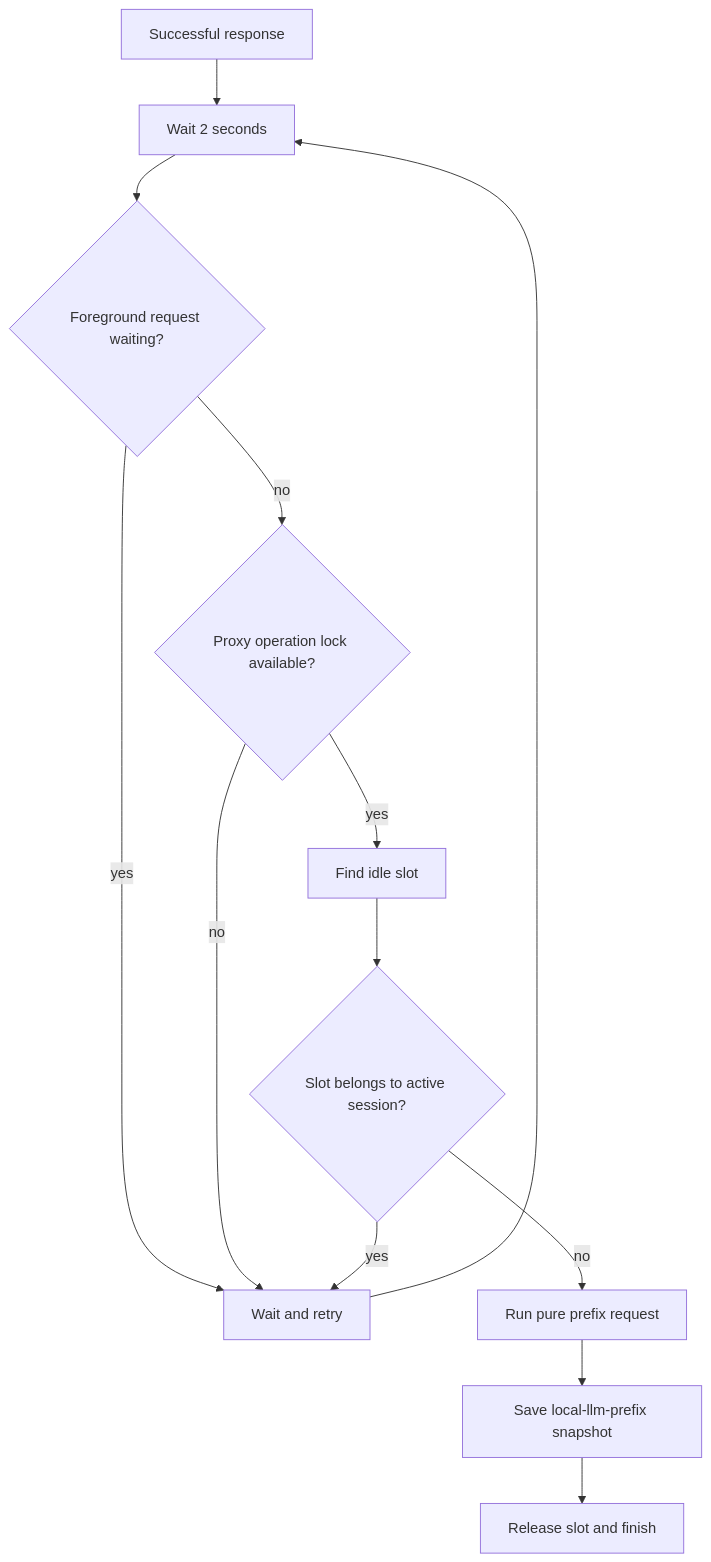
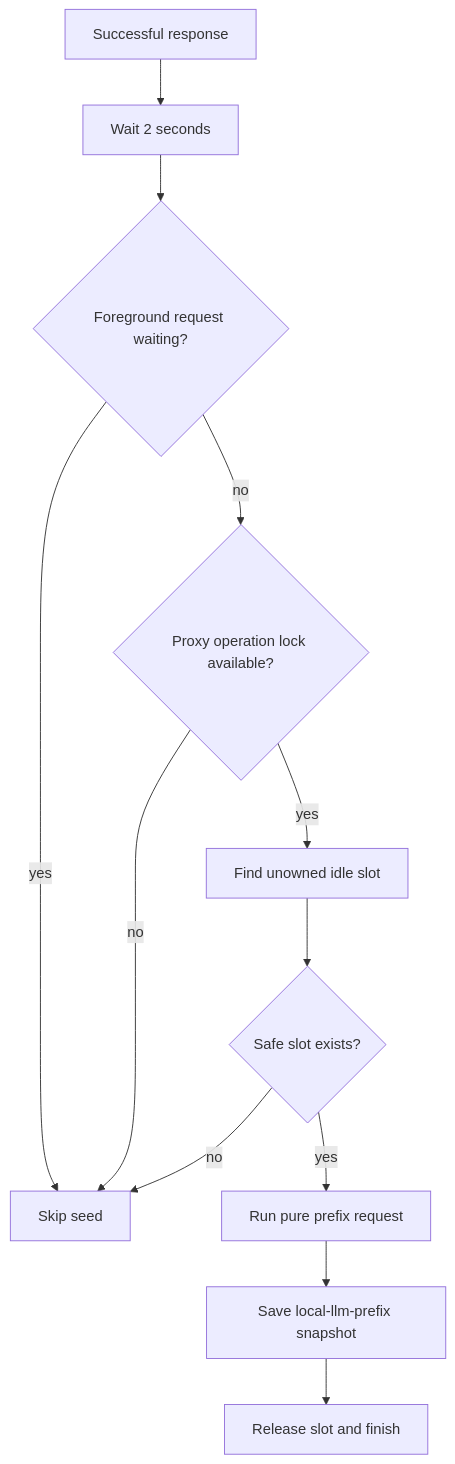
One commit to xqliu/local-llm-kv-cache changed the seventh of 8 diagrams in DESIGN.md. Above: the diagram before and after it, drawn with Mermaid. The commit also changed other lines of this file and 3 other files, not shown here.

```diff
--- a/DESIGN.md
+++ b/DESIGN.md
@@ -278,15 +277,14 @@
 ~~~mermaid
 flowchart TD
     R["Successful response"] --> WAIT["Wait 2 seconds"]
     WAIT --> FRONT{"Foreground request waiting?"}
-    FRONT -->|yes| RETRY["Wait and retry"]
+    FRONT -->|yes| SKIP["Skip seed"]
     FRONT -->|no| LOCK{"Proxy operation lock available?"}
-    LOCK -->|no| RETRY
-    LOCK -->|yes| SLOT["Find idle slot"]
-    SLOT --> RESERVED{"Slot belongs to active session?"}
-    RESERVED -->|yes| RETRY
-    RESERVED -->|no| SEED["Run pure prefix request"]
+    LOCK -->|no| SKIP
+    LOCK -->|yes| SLOT["Find unowned idle slot"]
+    SLOT --> RESERVED{"Safe slot exists?"}
+    RESERVED -->|no| SKIP
+    RESERVED -->|yes| SEED["Run pure prefix request"]
     SEED --> SAVE["Save local-llm-prefix snapshot"]
     SAVE --> DONE["Release slot and finish"]
-    RETRY --> WAIT
 ~~~
```
